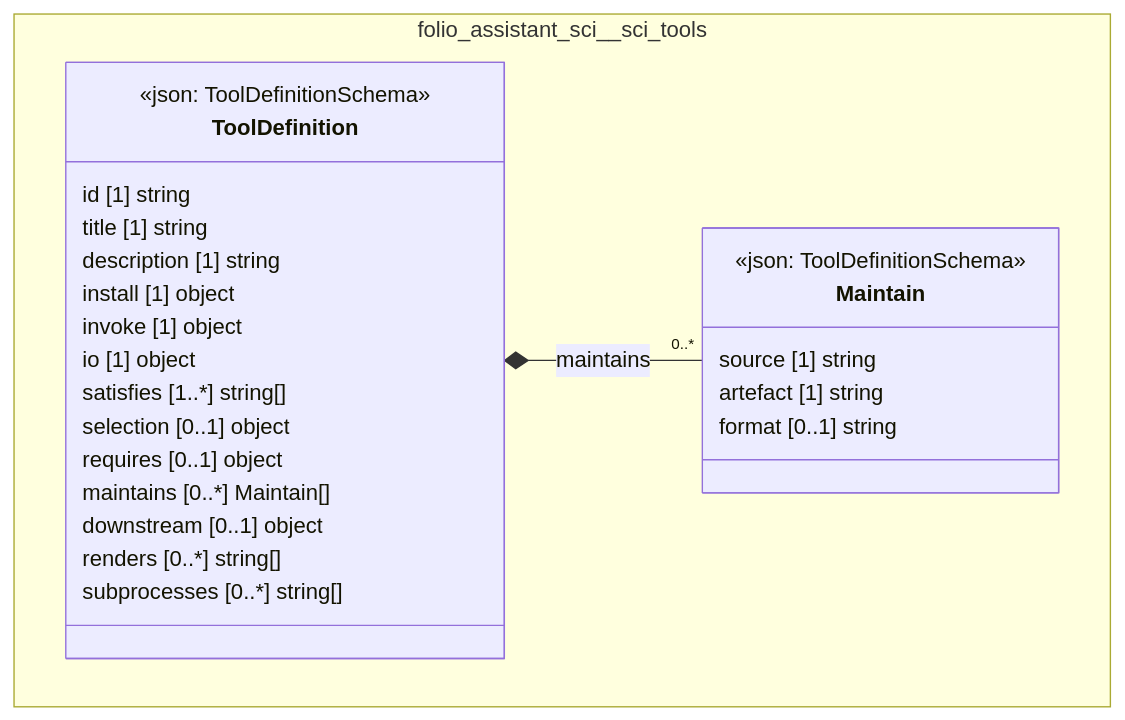
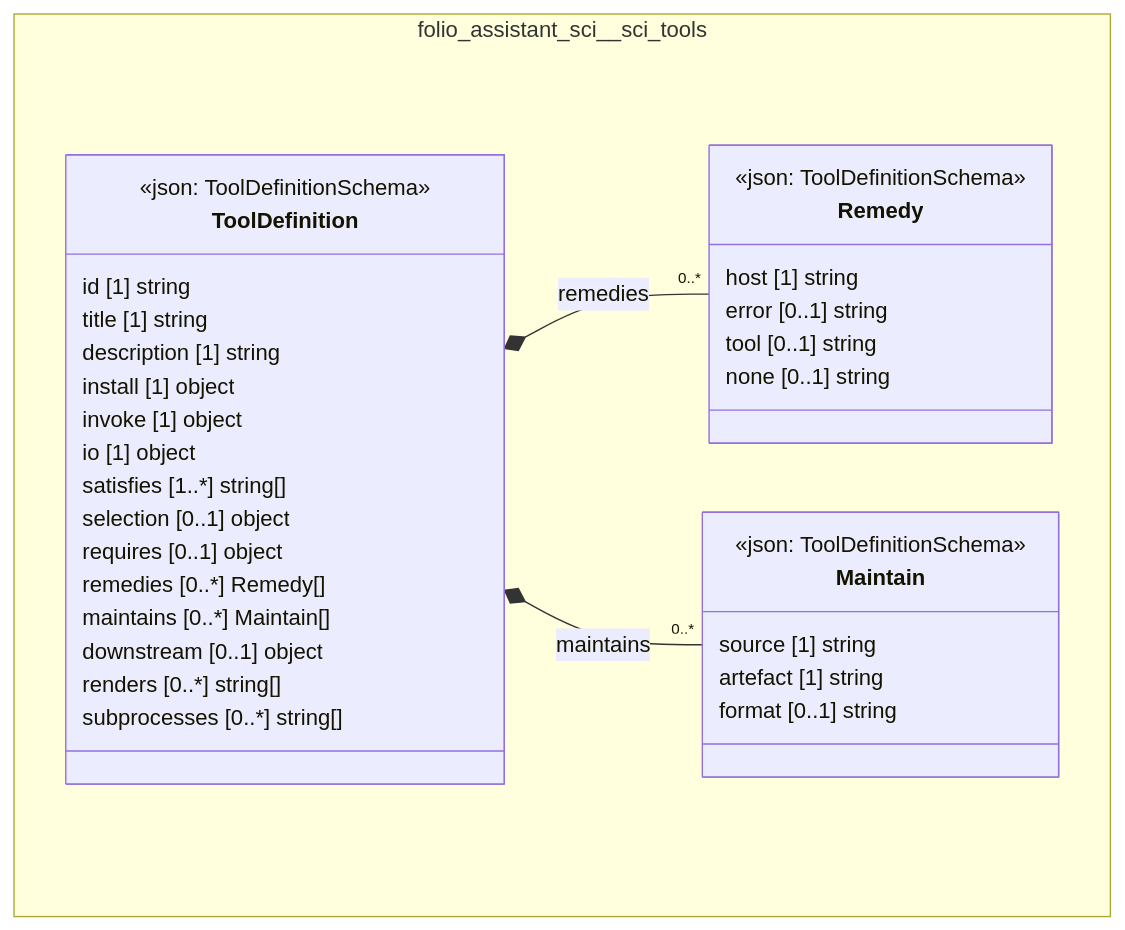
One commit to litlfred/folio-assistant changed the diagram in cat-harness/docs/uml/overview/folio-assistant-sci/sci-tools.md. Above: the diagram before and after it, drawn with Mermaid. The commit also changed 92 other files, not shown here.

First line of the commit message:
tools: `remedies` per host on every network Tool, a gate, and `tools:remedy` lookup (6mk7)

````diff
--- a/cat-harness/docs/uml/overview/folio-assistant-sci/sci-tools.md
+++ b/cat-harness/docs/uml/overview/folio-assistant-sci/sci-tools.md
@@ -42,31 +42,41 @@
 ```mermaid
 classDiagram
   direction TB
   namespace folio_assistant_sci__sci_tools {
+    class folio_assistant_sci_sci_tools_Remedy["Remedy"] {
+      <<json: ToolDefinitionSchema>>
+      host [1] string
+      error [0..1] string
+      tool [0..1] string
+      none [0..1] string
+    }
     class folio_assistant_sci_sci_tools_Maintain["Maintain"] {
       <<json: ToolDefinitionSchema>>
       source [1] string
       artefact [1] string
       format [0..1] string
     }
     class folio_assistant_sci_sci_tools_ToolDefinition["ToolDefinition"] {
       <<json: ToolDefinitionSchema>>
       id [1] string
       title [1] string
       description [1] string
       install [1] object
       invoke [1] object
       io [1] object
       satisfies [1..*] string[]
       selection [0..1] object
       requires [0..1] object
+      remedies [0..*] Remedy[]
       maintains [0..*] Maintain[]
       downstream [0..1] object
       renders [0..*] string[]
       subprocesses [0..*] string[]
     }
   }
+  folio_assistant_sci_sci_tools_ToolDefinition *-- "0..*" folio_assistant_sci_sci_tools_Remedy : remedies
   folio_assistant_sci_sci_tools_ToolDefinition *-- "0..*" folio_assistant_sci_sci_tools_Maintain : maintains
+  cssClass "folio_assistant_sci_sci_tools_Remedy" fa_uml_kind_tools
   cssClass "folio_assistant_sci_sci_tools_Maintain" fa_uml_kind_tools
   cssClass "folio_assistant_sci_sci_tools_ToolDefinition" fa_uml_kind_tools
 ```
````
